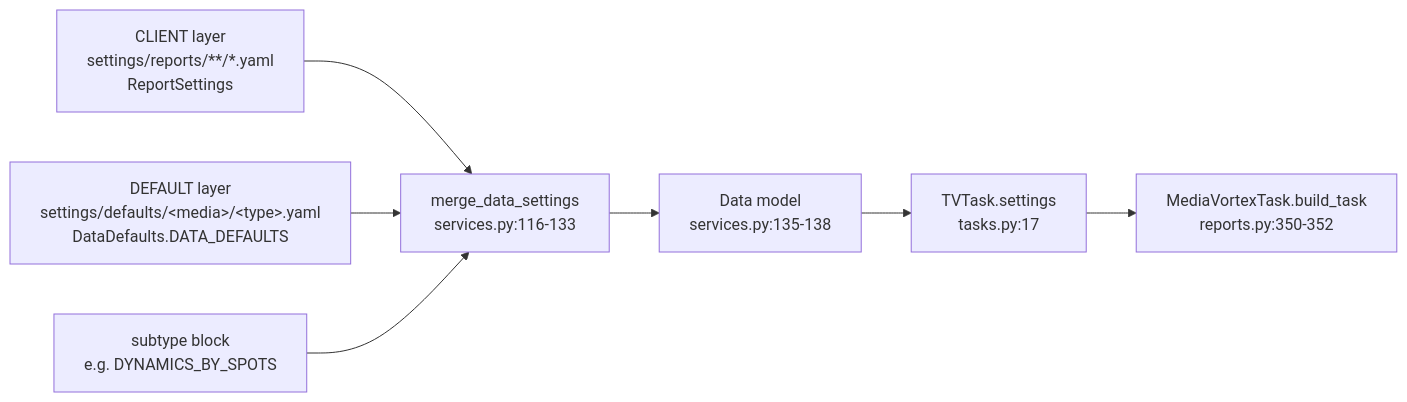
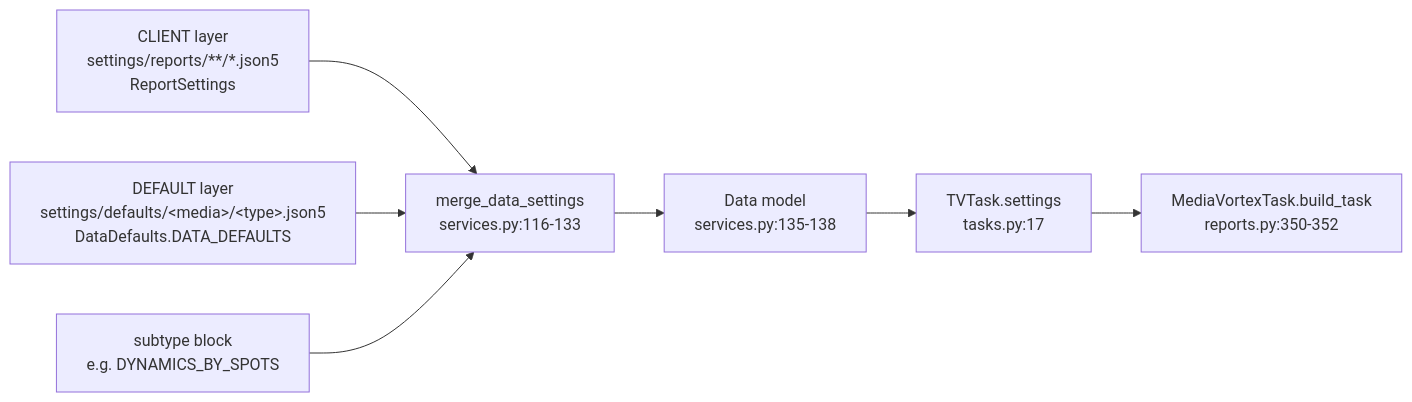
One commit to manicko/mko_get_mediascope_data changed the first of 3 diagrams in docs/00-overview/data-flow-architecture.md. Above: the diagram before and after it, drawn with Mermaid. The commit also changed other lines of this file and 8 other files, not shown here.

First line of the commit message:
docs: update documentation for JSON5 settings migration

````diff
--- a/docs/00-overview/data-flow-architecture.md
+++ b/docs/00-overview/data-flow-architecture.md
@@ -46,9 +46,9 @@
 ```mermaid
 flowchart LR
-    A["CLIENT layer<br/>settings/reports/**/*.yaml<br/>ReportSettings"] --> M["merge_data_settings<br/>services.py:116-133"]
-    B["DEFAULT layer<br/>settings/defaults/&lt;media&gt;/&lt;type&gt;.yaml<br/>DataDefaults.DATA_DEFAULTS"] --> M
+    A["CLIENT layer<br/>settings/reports/**/*.json5<br/>ReportSettings"] --> M["merge_data_settings<br/>services.py:116-133"]
+    B["DEFAULT layer<br/>settings/defaults/&lt;media&gt;/&lt;type&gt;.json5<br/>DataDefaults.DATA_DEFAULTS"] --> M
     S["subtype block<br/>e.g. DYNAMICS_BY_SPOTS"] --> M
     M --> D["Data model<br/>services.py:135-138"]
     D --> T["TVTask.settings<br/>tasks.py:17"]
     T --> API["MediaVortexTask.build_task<br/>reports.py:350-352"]
 ```
````
